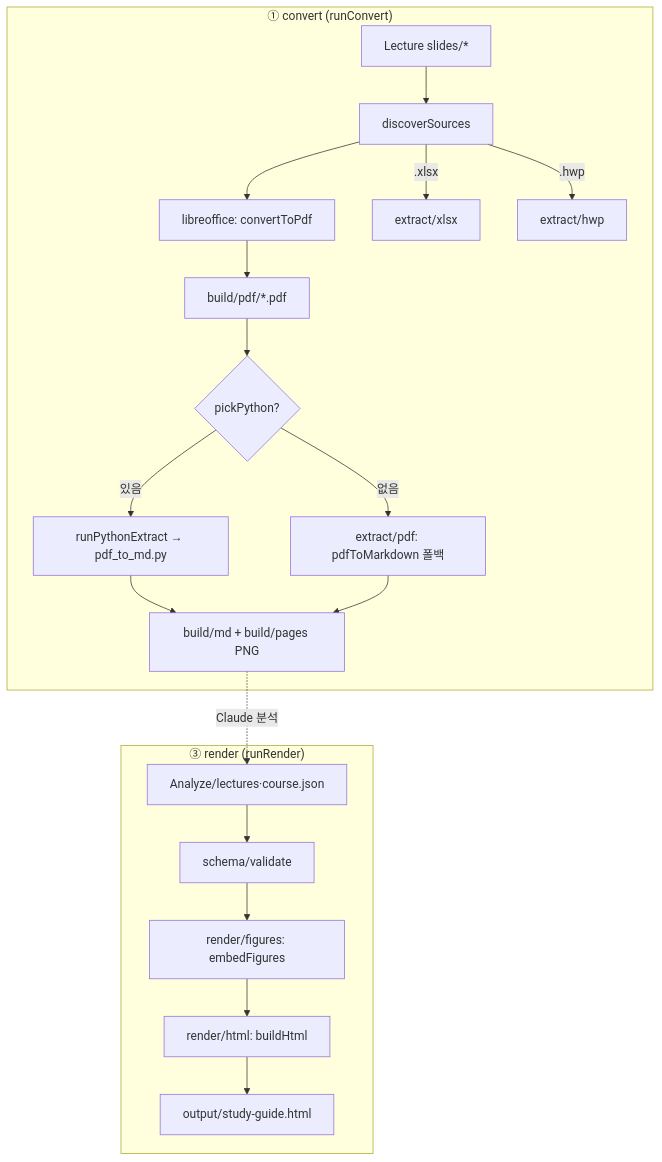
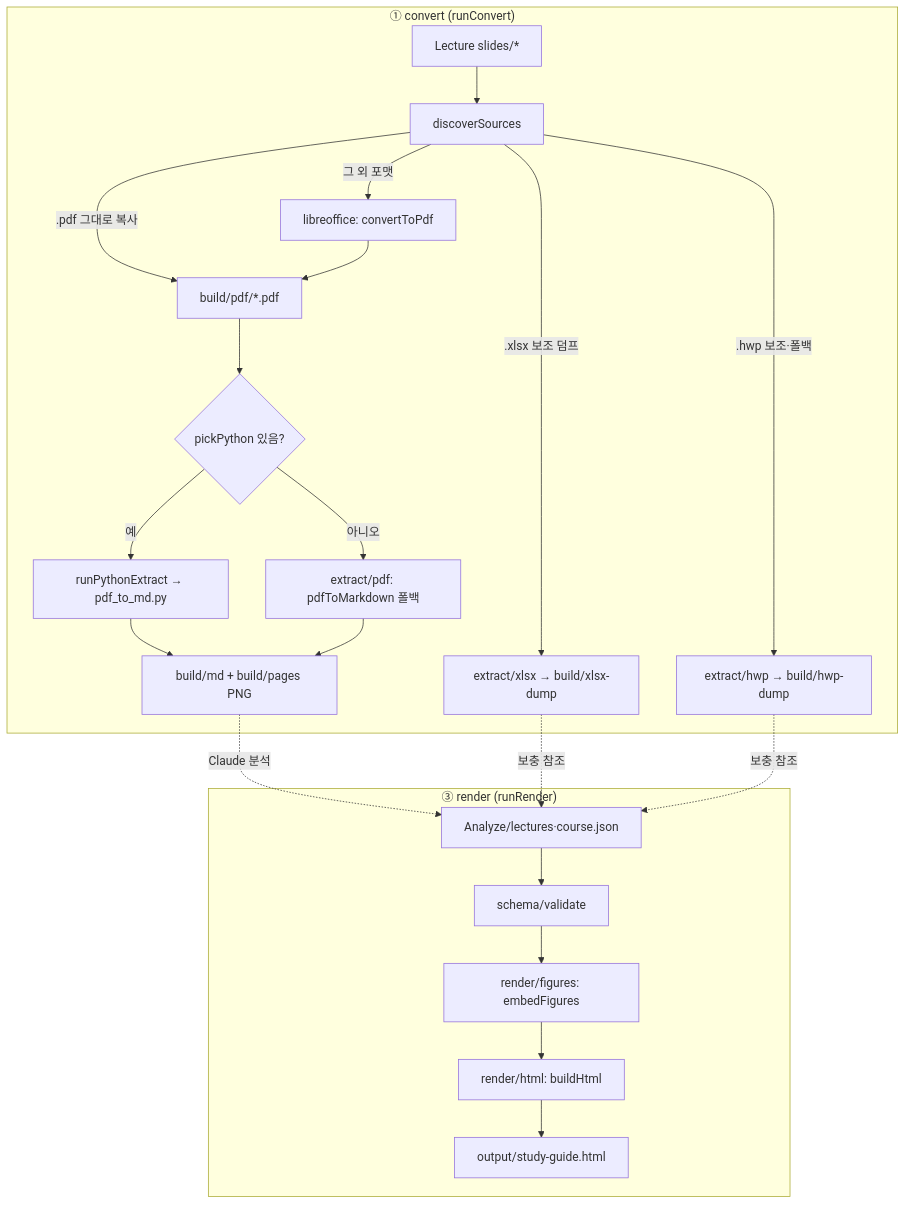
The diagram in docs/wiki/architecture.md (lsc892/Examplify), drawn with Mermaid before and after one commit. The commit also changed other lines of this file and 11 other files, not shown here.

````diff
--- a/docs/wiki/architecture.md
+++ b/docs/wiki/architecture.md
@@ -42,22 +44,25 @@
 ```mermaid
 flowchart TD
   subgraph convert["① convert (runConvert)"]
     S[Lecture slides/*] --> DISC[discoverSources]
-    DISC --> LO[libreoffice: convertToPdf]
-    DISC -->|.xlsx| XL[extract/xlsx]
-    DISC -->|.hwp| HW[extract/hwp]
-    LO --> PDF[build/pdf/*.pdf]
-    PDF --> PY{pickPython?}
-    PY -->|있음| PYX[runPythonExtract → pdf_to_md.py]
-    PY -->|없음| FB[extract/pdf: pdfToMarkdown 폴백]
+    DISC -->|.pdf 그대로 복사| PDF[build/pdf/*.pdf]
+    DISC -->|그 외 포맷| LO[libreoffice: convertToPdf]
+    LO --> PDF
+    DISC -->|.xlsx 보조 덤프| XL[extract/xlsx → build/xlsx-dump]
+    DISC -->|.hwp 보조·폴백| HW[extract/hwp → build/hwp-dump]
+    PDF --> PY{pickPython 있음?}
+    PY -->|예| PYX[runPythonExtract → pdf_to_md.py]
+    PY -->|아니오| FB[extract/pdf: pdfToMarkdown 폴백]
     PYX --> MD[build/md + build/pages PNG]
     FB --> MD
   end
   MD -.->|Claude 분석| AJ[Analyze/lectures·course.json]
+  XL -.->|보충 참조| AJ
+  HW -.->|보충 참조| AJ
   subgraph render["③ render (runRender)"]
     AJ --> V[schema/validate]
     V --> FIG[render/figures: embedFigures]
     FIG --> H[render/html: buildHtml]
     H --> OUT[output/study-guide.html]
   end
 ```
````
